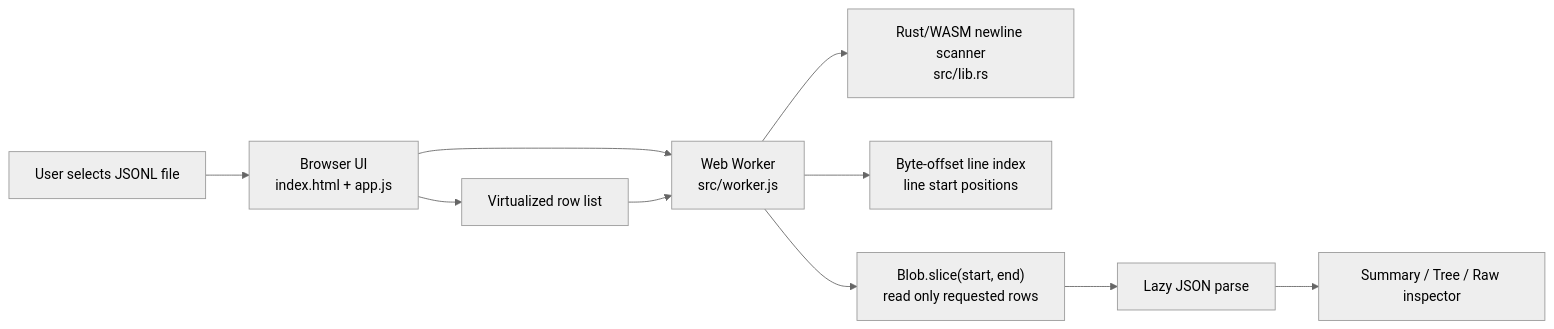
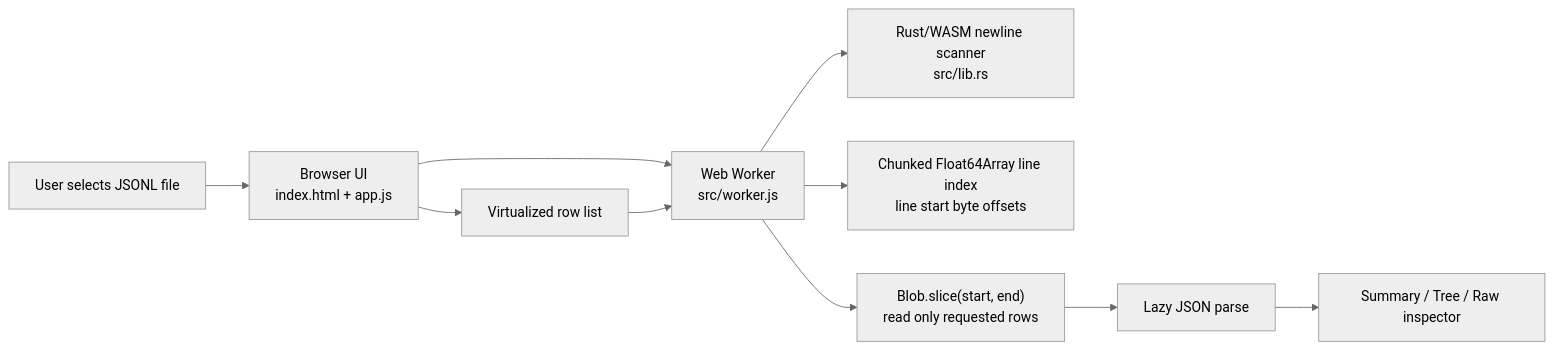
Before and after one commit to samsel/Giant-JSONL-Viewer: the diagram in README.md, drawn with Mermaid (neutral theme). The commit also changed other lines of this file and 3 other files, not shown here.

Commit message:
Use typed array line offset index

````diff
--- a/README.md
+++ b/README.md
@@ -130,12 +130,12 @@
 ```mermaid
 flowchart LR
   User["User selects JSONL file"] --> Browser["Browser UI<br/>index.html + app.js"]
   Browser --> Worker["Web Worker<br/>src/worker.js"]
   Worker --> Wasm["Rust/WASM newline scanner<br/>src/lib.rs"]
-  Worker --> Index["Byte-offset line index<br/>line start positions"]
+  Worker --> Index["Chunked Float64Array line index<br/>line start byte offsets"]
   Browser --> VirtualList["Virtualized row list"]
   VirtualList --> Worker
   Worker --> Slice["Blob.slice(start, end)<br/>read only requested rows"]
   Slice --> Parse["Lazy JSON parse"]
   Parse --> Inspector["Summary / Tree / Raw inspector"]
 ```
````
